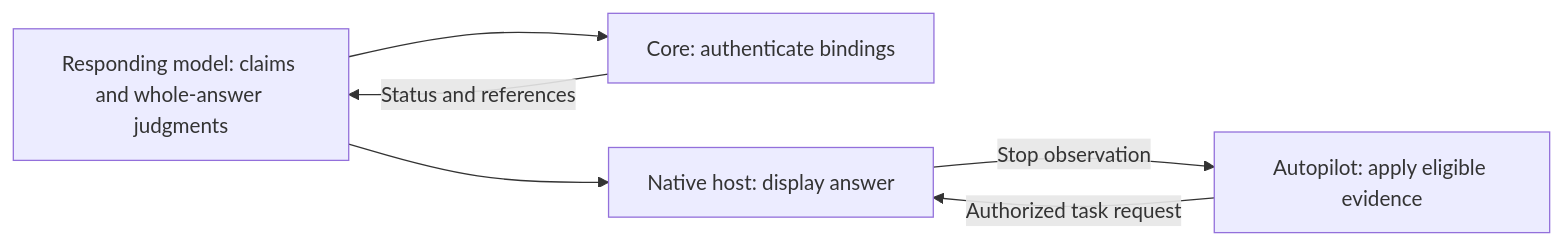
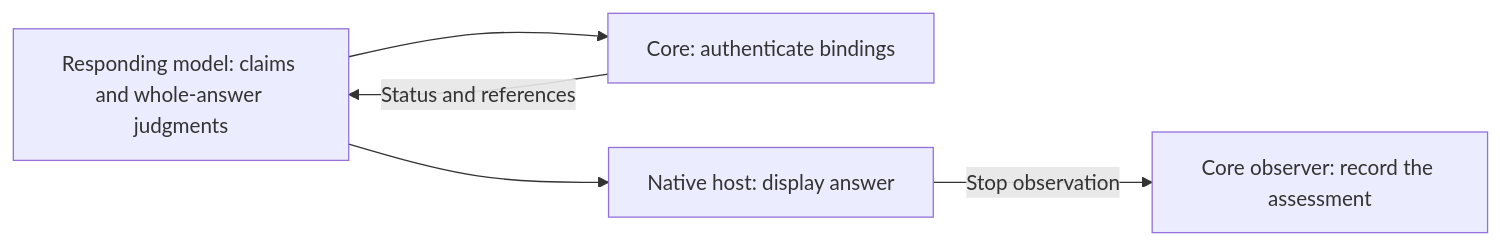
The diagram in docs/policies/tool-output-semantics.md (AidALL/ghost-alice), drawn with Mermaid before and after one commit. The commit also changed other lines of this file and 26 other files, not shown here.

````diff
--- a/docs/policies/tool-output-semantics.md
+++ b/docs/policies/tool-output-semantics.md
@@ -19,8 +19,7 @@
 ```mermaid
 flowchart LR
   M["Responding model: claims and whole-answer judgments"] --> C["Core: authenticate bindings"]
   C -->|Status and references| M
   M --> H["Native host: display answer"]
-  H -->|Stop observation| A["Autopilot: apply eligible evidence"]
-  A -->|Authorized task request| H
+  H -->|Stop observation| S["Core observer: record the assessment"]
 ```
````
